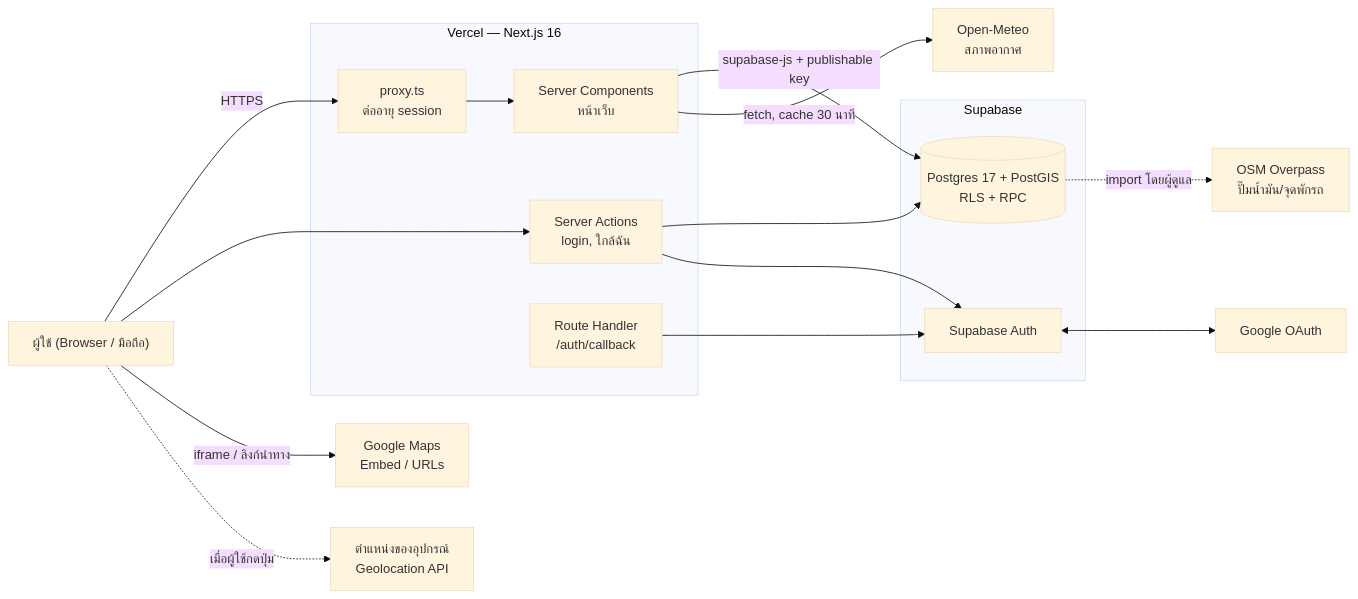
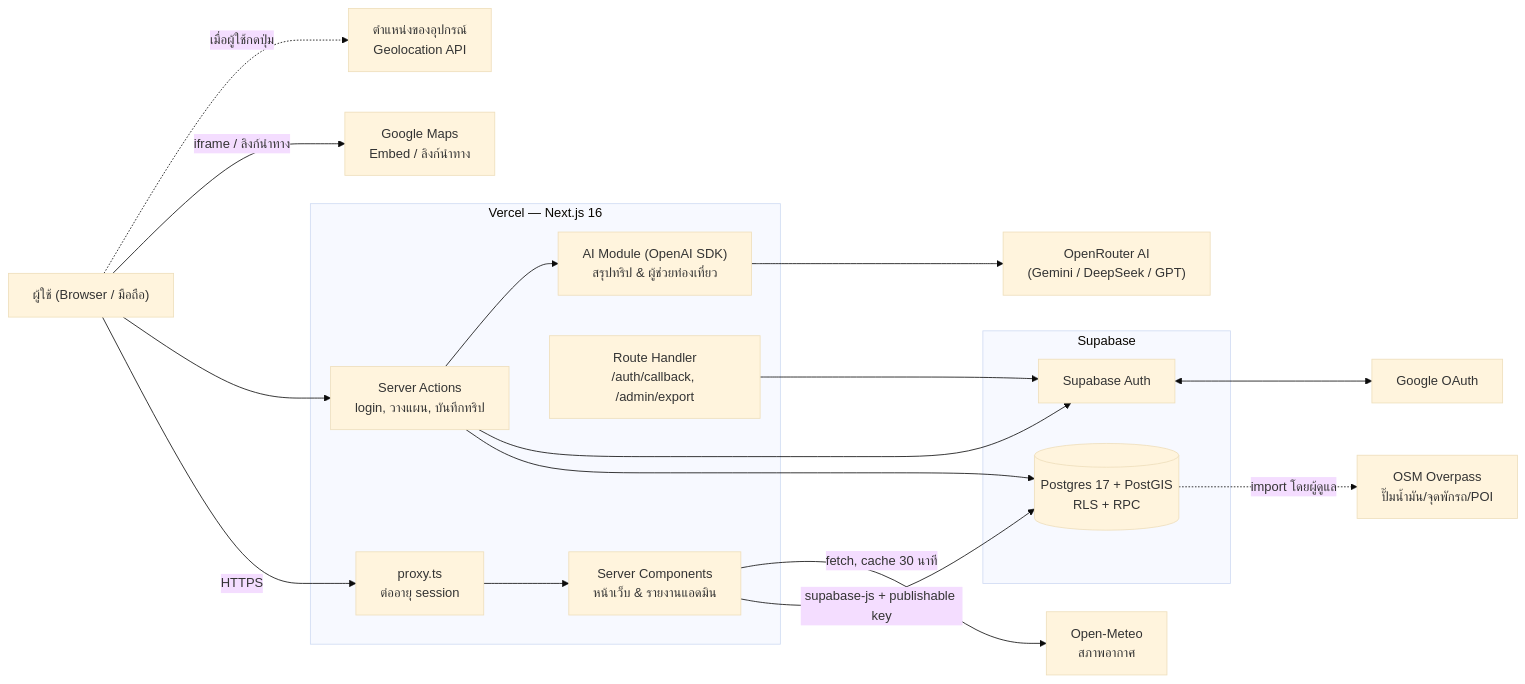
One commit to nutchannarong/aiattraction changed the first of 2 diagrams in README.md. Above: the diagram before and after it, drawn with Mermaid (base theme). The commit also changed other lines of this file, not shown here.

````diff
--- a/README.md
+++ b/README.md
@@ -13,31 +41,34 @@
 ```mermaid
 flowchart LR
   U["ผู้ใช้ (Browser / มือถือ)"]
   subgraph Vercel["Vercel — Next.js 16"]
     P["proxy.ts<br/>ต่ออายุ session"]
-    RSC["Server Components<br/>หน้าเว็บ"]
-    SA["Server Actions<br/>login, ใกล้ฉัน"]
-    RH["Route Handler<br/>/auth/callback"]
+    RSC["Server Components<br/>หน้าเว็บ & รายงานแอดมิน"]
+    SA["Server Actions<br/>login, วางแผน, บันทึกทริป"]
+    RH["Route Handler<br/>/auth/callback, /admin/export"]
+    AI["AI Module (OpenAI SDK)<br/>สรุปทริป & ผู้ช่วยท่องเที่ยว"]
   end
   subgraph Supabase
     DB[("Postgres 17 + PostGIS<br/>RLS + RPC")]
     AUTH["Supabase Auth"]
   end
+  OR["OpenRouter AI<br/>(Gemini / DeepSeek / GPT)"]
   OM["Open-Meteo<br/>สภาพอากาศ"]
-  OSM["OSM Overpass<br/>ปั๊มน้ำมัน/จุดพักรถ"]
-  GM["Google Maps<br/>Embed / URLs"]
+  OSM["OSM Overpass<br/>ปั๊มน้ำมัน/จุดพักรถ/POI"]
+  GM["Google Maps<br/>Embed / ลิงก์นำทาง"]
   G["Google OAuth"]
   DEV["ตำแหน่งของอุปกรณ์<br/>Geolocation API"]
 
   U -->|HTTPS| P --> RSC
   U --> SA
   RSC -->|supabase-js + publishable key| DB
   SA --> DB
   SA --> AUTH
+  SA --> AI --> OR
   RH --> AUTH
   AUTH <--> G
   RSC -->|fetch, cache 30 นาที| OM
   DB -. import โดยผู้ดูแล .-> OSM
   U -->|iframe / ลิงก์นำทาง| GM
   U -.->|เมื่อผู้ใช้กดปุ่ม| DEV
 ```
````
